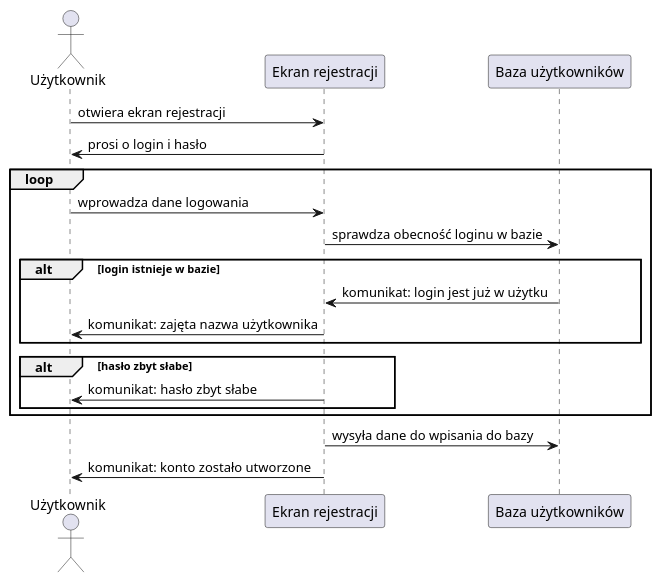
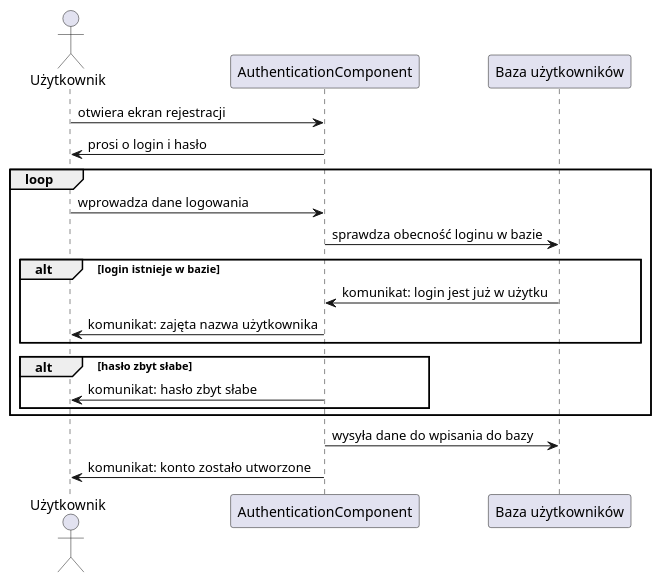
Before and after one commit to amelinium23/food-ordering-and-delivering-service: the diagram in docs/register_sequence.md, drawn with PlantUML. The commit also changed 2 other files, not shown here.

Commit message:
Sequence fixed!

````diff
--- a/docs/register_sequence.md
+++ b/docs/register_sequence.md
@@ -1,23 +1,23 @@
 ```plantuml
-@startuml register
+@startuml authister
 actor Użytkownik as user
-participant "Ekran rejestracji" as reg
+participant "AuthenticationComponent" as auth
 participant "Baza użytkowników" as db
 
-user -> reg : otwiera ekran rejestracji
-user <- reg : prosi o login i hasło
+user -> auth : otwiera ekran rejestracji
+user <- auth : prosi o login i hasło
 loop
-    user -> reg : wprowadza dane logowania
-    reg -> db : sprawdza obecność loginu w bazie
+    user -> auth : wprowadza dane logowania
+    auth -> db : sprawdza obecność loginu w bazie
     alt login istnieje w bazie
-        reg <- db : komunikat: login jest już w użytku
-        user <- reg : komunikat: zajęta nazwa użytkownika
+        auth <- db : komunikat: login jest już w użytku
+        user <- auth : komunikat: zajęta nazwa użytkownika
     end
     alt hasło zbyt słabe
-        user <- reg : komunikat: hasło zbyt słabe
+        user <- auth : komunikat: hasło zbyt słabe
     end
 end
-reg -> db : wysyła dane do wpisania do bazy
-user <- reg: komunikat: konto zostało utworzone
+auth -> db : wysyła dane do wpisania do bazy
+user <- auth: komunikat: konto zostało utworzone
 @enduml
 ```
````
